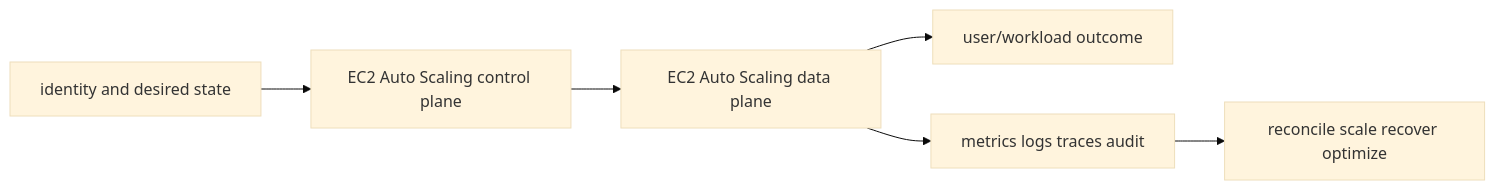
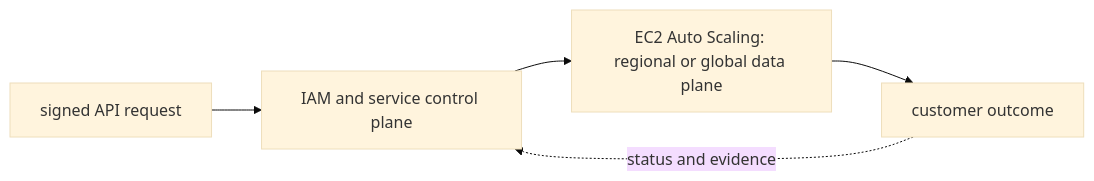
Before and after one commit to tomkidumbuyo/DevOps-interview-preparation: the diagram in 07-aws/03-compute/03-ec2-auto-scaling/README.md, drawn with Mermaid (base theme). The commit also changed other lines of this file and 753 other files, not shown here.

````diff
--- a/07-aws/03-compute/03-ec2-auto-scaling/README.md
+++ b/07-aws/03-compute/03-ec2-auto-scaling/README.md
@@ -19,8 +31,7 @@
 ```mermaid
 flowchart LR
-  I[identity and desired state] --> C[EC2 Auto Scaling control plane]
-  C --> D[EC2 Auto Scaling data plane]
-  D --> U[user/workload outcome]
-  D --> O[metrics logs traces audit]
-  O --> R[reconcile scale recover optimize]
+  A["signed API request"] --> B["IAM and service control plane"]
+  B --> C["EC2 Auto Scaling: regional or global data plane"]
+  C --> D["customer outcome"]
+  D -. "status and evidence" .-> B
 ```
````
